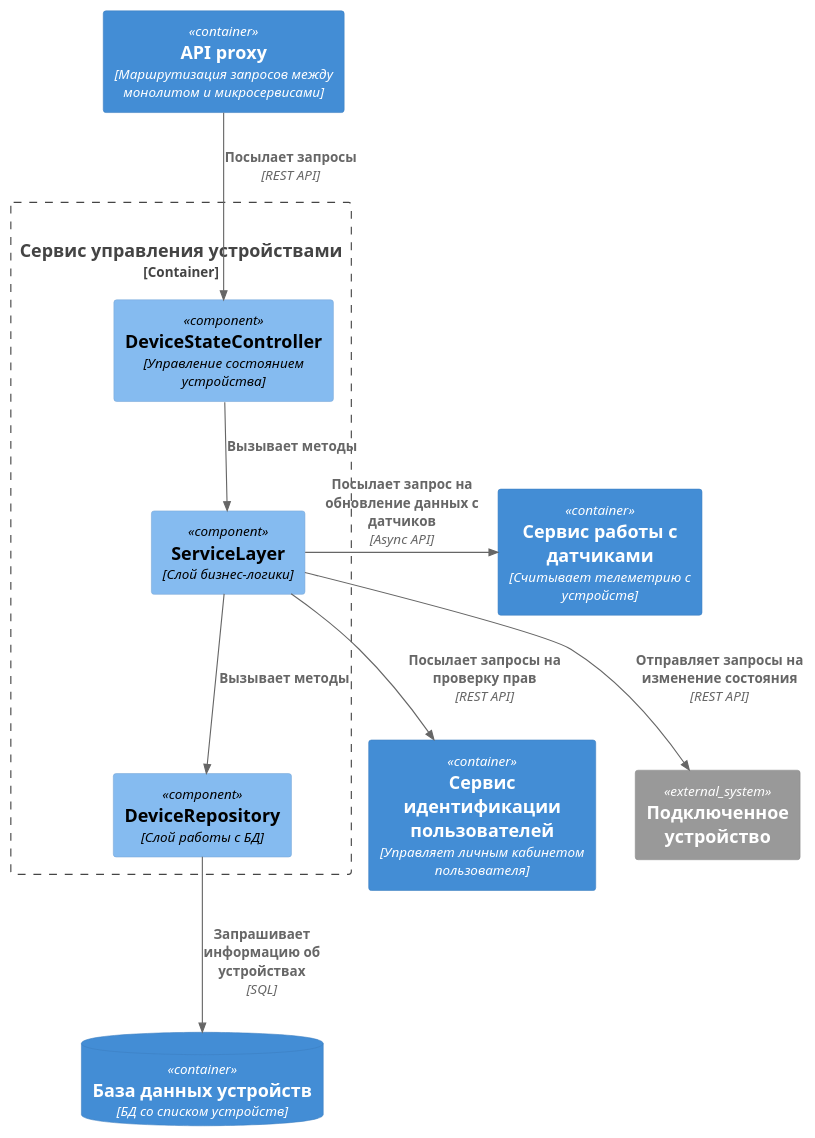
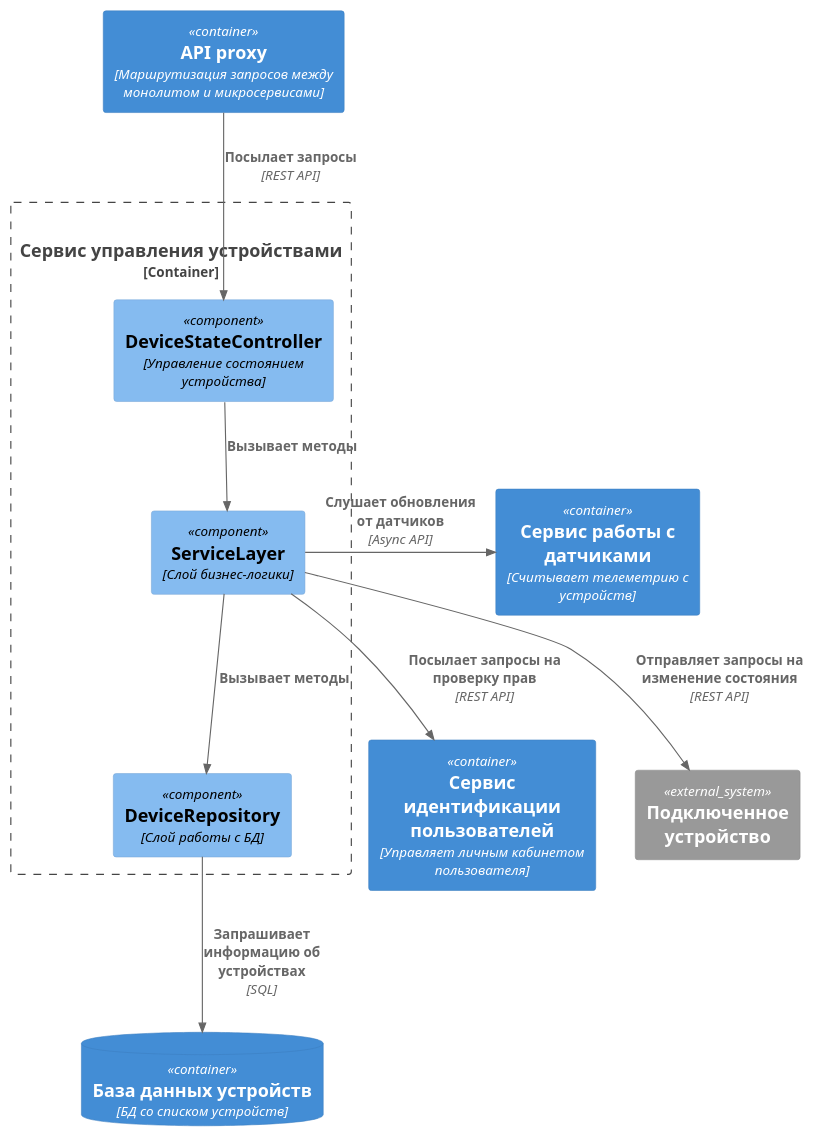
The diagram in docs/diagrams/component/Warmhouse_deviceControlService.puml (JohnnyKikman/architecture-pro-warmhouse), drawn with PlantUML before and after one commit. The commit also changed 3 other files, not shown here.

Commit message:
Fixed minor issues with C4 diagrams

```diff
--- a/docs/diagrams/component/Warmhouse_deviceControlService.puml
+++ b/docs/diagrams/component/Warmhouse_deviceControlService.puml
@@ -1,23 +1,22 @@
 @startuml
 !include https://raw.githubusercontent.com/plantuml-stdlib/C4-PlantUML/master/C4_Component.puml
 
 Container(proxy, "API proxy", "Маршрутизация запросов между монолитом и микросервисами")
 Container(userService, "Сервис идентификации пользователей", "Управляет личным кабинетом пользователя")
-    Container(telemetryService, "Сервис работы с датчиками", "Считывает телеметрию с устройств")
+Container(telemetryService, "Сервис работы с датчиками", "Считывает телеметрию с устройств")
 Container_Boundary(deviceControlService, "Сервис управления устройствами", "deviceControlService") {
     Component(deviceStateController, "DeviceStateController", "Управление состоянием устройства")
     Component(serviceLayer, "ServiceLayer", "Слой бизнес-логики")
     Component(deviceRepository, "DeviceRepository", "Слой работы с БД")
 }
 ContainerDb(deviceDatabase, "База данных устройств", "БД со списком устройств")
 System_Ext(device, "Подключенное устройство")
 
 Rel_D(proxy, deviceStateController, "Посылает запросы", "REST API")
 Rel_D(deviceStateController, serviceLayer, "Вызывает методы")
 Rel_D(serviceLayer, deviceRepository, "Вызывает методы")
 Rel_D(deviceRepository, deviceDatabase, "Запрашивает информацию об устройствах", "SQL")
 Rel_D(serviceLayer, device, "Отправляет запросы на изменение состояния", "REST API")
 Rel_D(serviceLayer, userService, "Посылает запросы на проверку прав", "REST API")
-Rel_R(serviceLayer, telemetryService, "Посылает запрос на обновление данных с датчиков", "Async API")
-
+Rel_R(serviceLayer, telemetryService, "Слушает обновления от датчиков", "Async API")
 @enduml
```
